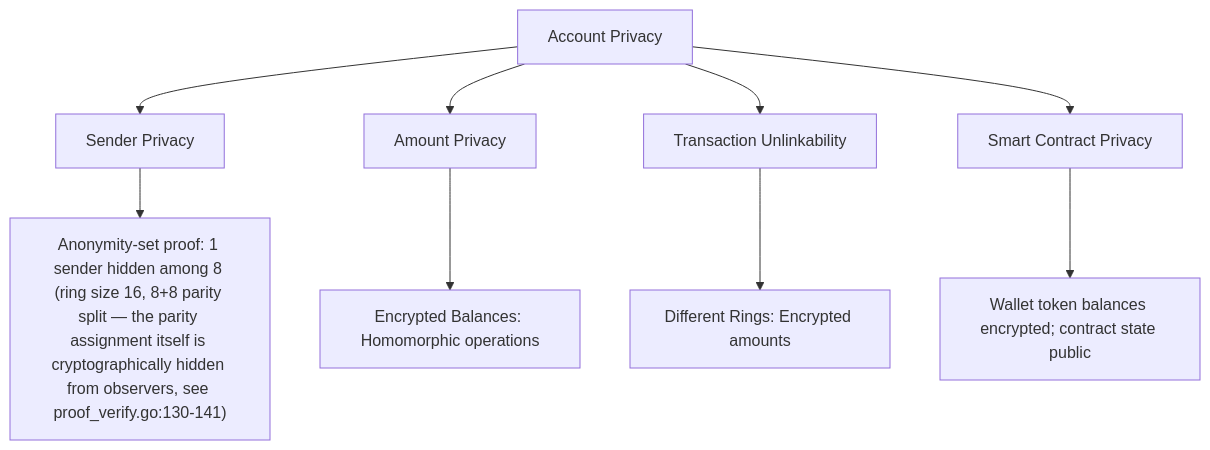
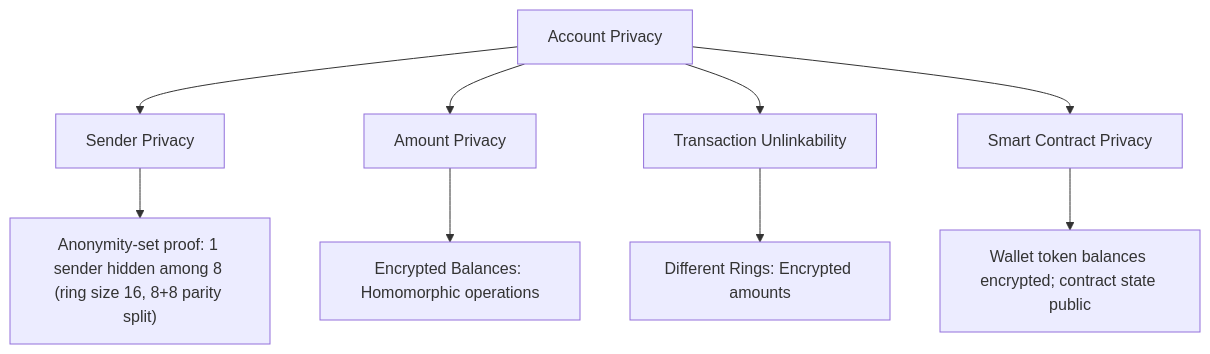
The third of 3 diagrams in derod-main/pages/privacy/account-based-privacy.mdx (DHEBP/dero-docs), drawn with Mermaid before and after one commit. The commit also changed 4 other files, not shown here.

First line of the commit message:
docs(privacy): correct ring-signature parity wording

````diff
--- a/derod-main/pages/privacy/account-based-privacy.mdx
+++ b/derod-main/pages/privacy/account-based-privacy.mdx
@@ -281,12 +281,12 @@
 ```mermaid
 graph TB
     P["Account Privacy"] --> S["Sender Privacy"]
     P --> A["Amount Privacy"]
     P --> U["Transaction Unlinkability"]
     P --> SC["Smart Contract Privacy"]
     
-    S --> S1["Anonymity-set proof: 1 sender hidden among 8 (ring size 16, 8+8 parity split — the parity assignment itself is cryptographically hidden from observers, see proof_verify.go:130-141)"]
+    S --> S1["Anonymity-set proof: 1 sender hidden among 8 (ring size 16, 8+8 parity split)"]
     A --> A1["Encrypted Balances: Homomorphic operations"]
     U --> U1["Different Rings: Encrypted amounts"]
     SC --> SC1["Wallet token balances encrypted; contract state public"]
 ```
````
